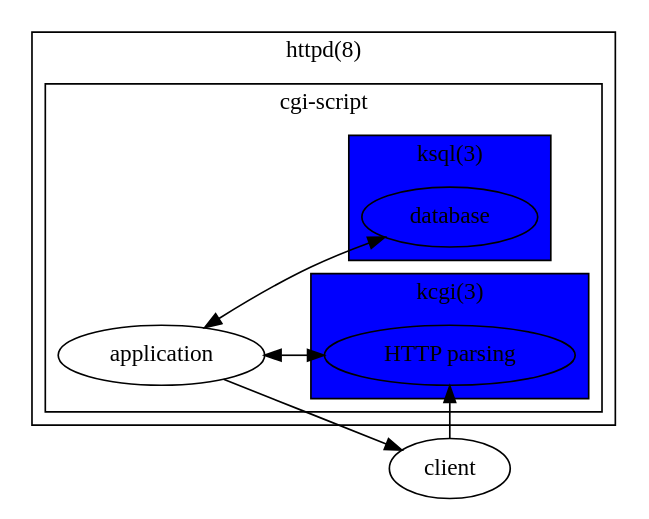
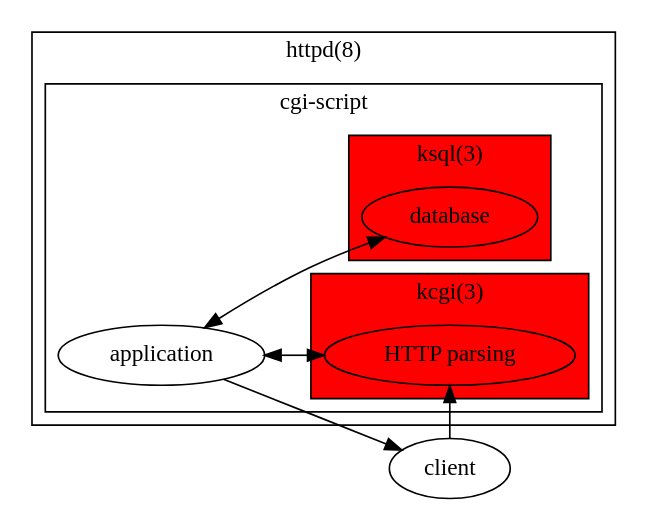
The diagram in auditing-fig2.dot (kristapsdz/bchs), drawn with Graphviz before and after one commit. The commit also changed 7 other files, not shown here.

```diff
--- a/auditing-fig2.dot
+++ b/auditing-fig2.dot
@@ -1,27 +1,27 @@
 digraph {
 	rankdir="LR";
 	client -> kcgi;
 	subgraph cluster_0 {
 		label="httpd(8)";
 		subgraph cluster_1 {
 			label="cgi-script";
 			cgi -> kcgi[dir="both"];
 			bgcolor="white";
 			cgi[label="application"];
 			cgi -> ksql[dir="both"];
 			
 			subgraph cluster_2 {
 				label="kcgi(3)";
-				bgcolor="blue";
+				bgcolor="red";
 				kcgi[label="HTTP parsing"];
 			};
 
 			subgraph cluster_3 {
 				label="ksql(3)";
-				bgcolor="blue";
+				bgcolor="red";
 				ksql[label="database"];
 			};
 		};
 	};
 	cgi -> client;
 }
```
